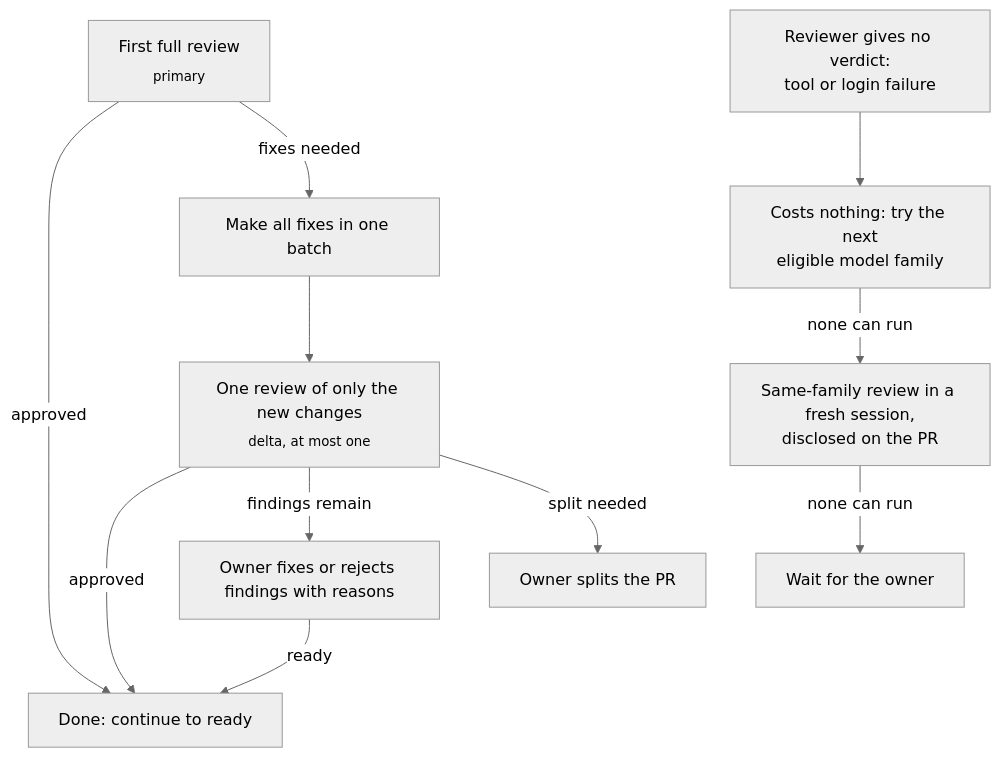
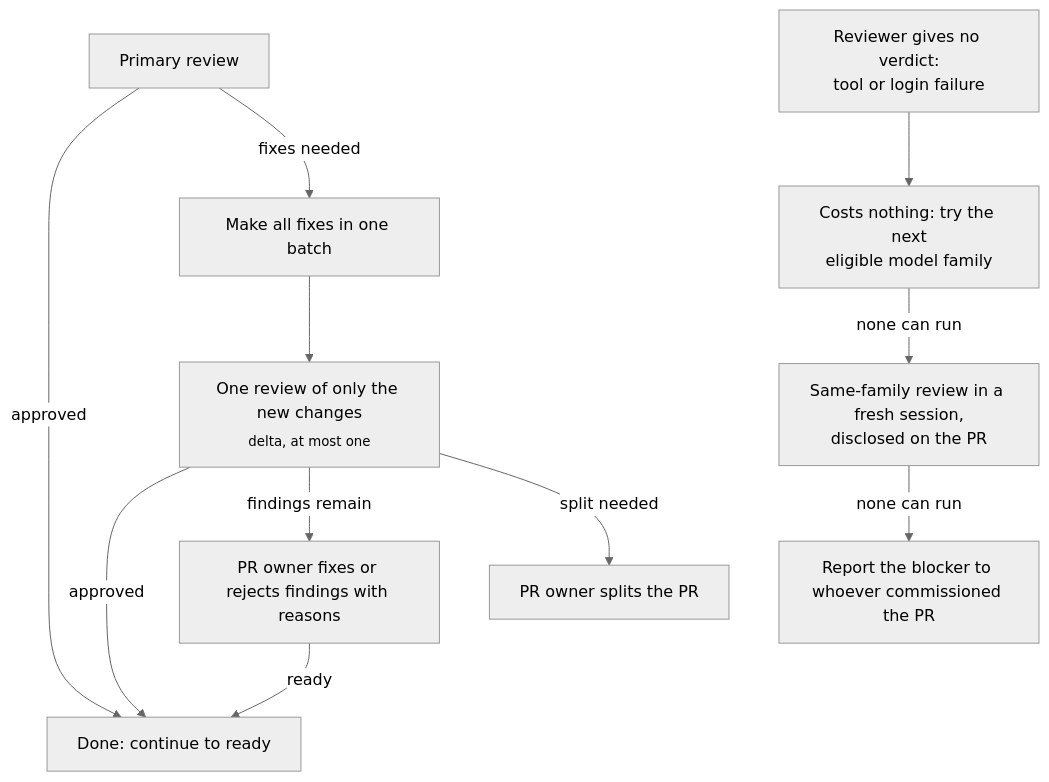
Before and after one commit to feder-positronics/loop-zero: the second of 3 diagrams in docs/WORKFLOW.md, drawn with Mermaid (neutral theme). The commit also changed other lines of this file and 4 other files, not shown here.

````diff
--- a/docs/WORKFLOW.md
+++ b/docs/WORKFLOW.md
@@ -33,13 +33,13 @@
 ```mermaid
 flowchart TD
-    A["First full review<br/><sub>primary</sub>"] -->|approved| Z["Done: continue to ready"]
+    A["Primary review"] -->|approved| Z["Done: continue to ready"]
     A -->|fixes needed| B["Make all fixes in one batch"]
     B --> C["One review of only the new changes<br/><sub>delta, at most one</sub>"]
     C -->|approved| Z
-    C -->|findings remain| D["Owner fixes or rejects findings with reasons"]
+    C -->|findings remain| D["PR owner fixes or rejects findings with reasons"]
     D -->|ready| Z
-    C -->|split needed| E["Owner splits the PR"]
+    C -->|split needed| E["PR owner splits the PR"]
     G["Reviewer gives no verdict:<br/>tool or login failure"] --> H["Costs nothing: try the next<br/>eligible model family"]
     H -->|none can run| J["Same-family review in a fresh session,<br/>disclosed on the PR"]
-    J -->|none can run| I["Wait for the owner"]
+    J -->|none can run| I["Report the blocker to whoever commissioned the PR"]
 ```
````
